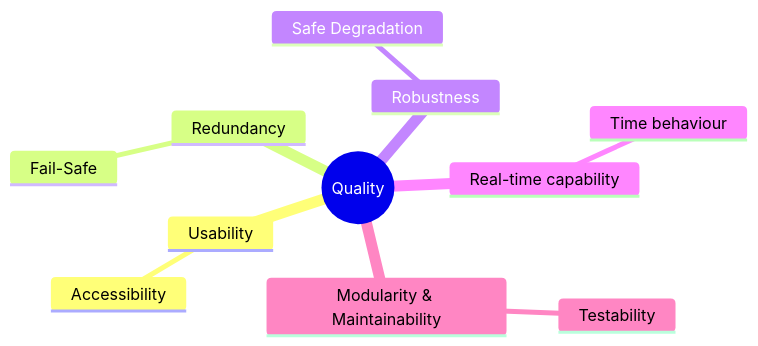
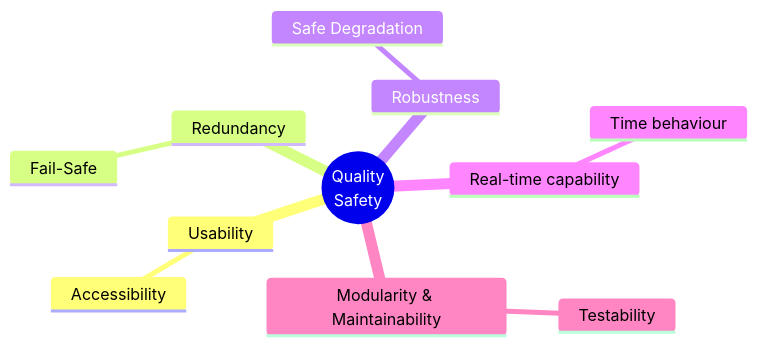
The sixth of 6 diagrams in doc/10. Quality Requirements.md (una-auxme/arlab), drawn with Mermaid before and after one commit. The commit also changed other lines of this file, not shown here.

Commit message:
Updated '10. Quality Requirements.md' - Minor updates in graphs.

````diff
--- a/doc/10. Quality Requirements.md
+++ b/doc/10. Quality Requirements.md
@@ -188,14 +189,15 @@
 ```mermaid
 mindmap
-  root((Quality))
+  root((Quality
+        Safety))
     Usability
       Accessibility
     Redundancy
       Fail-Safe
     Robustness
       Safe Degradation
     Real-time capability
       Time behaviour  
     Modularity & Maintainability
       Testability
 ```
````
